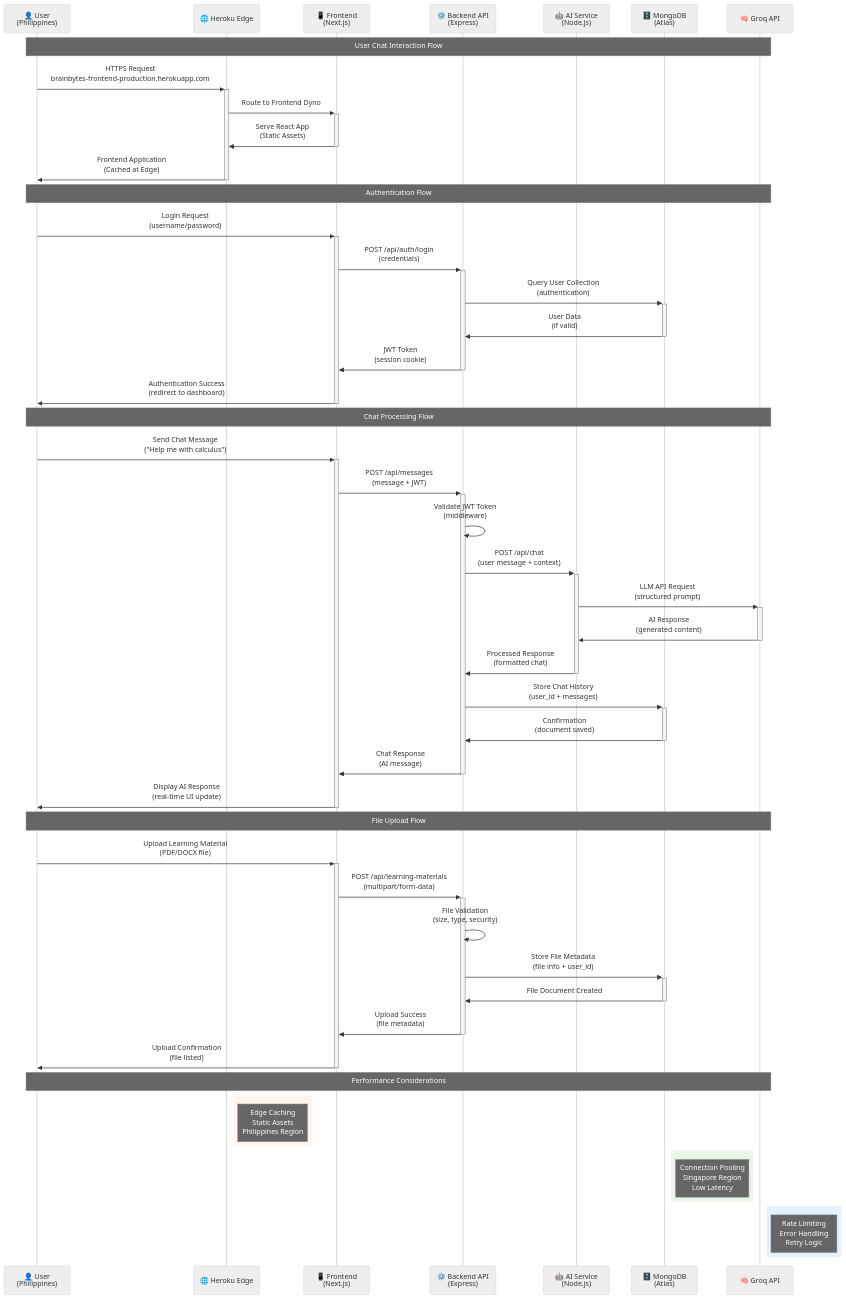
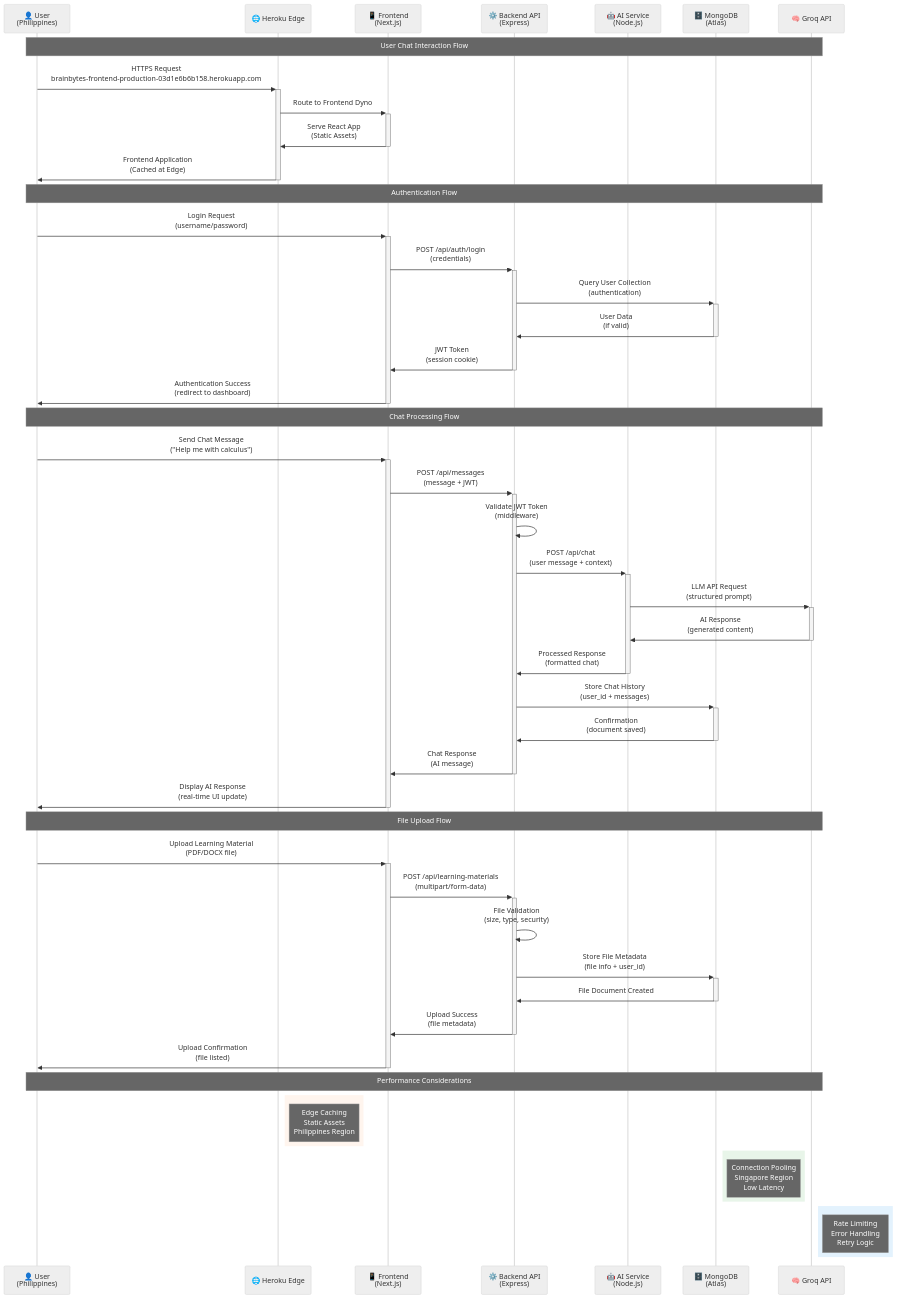
The sixth of 7 diagrams in docs/screenshots/ARCHITECTURE_DIAGRAMS.md (Honeegee/BrainBytesAI), drawn with Mermaid (neutral theme) before and after one commit. The commit also changed other lines of this file and 5 other files, not shown here.

````diff
--- a/docs/screenshots/ARCHITECTURE_DIAGRAMS.md
+++ b/docs/screenshots/ARCHITECTURE_DIAGRAMS.md
@@ -349,64 +349,64 @@
 ```mermaid
 sequenceDiagram
     participant U as 👤 User<br/>(Philippines)
     participant CDN as 🌐 Heroku Edge
     participant FE as 📱 Frontend<br/>(Next.js)
     participant BE as ⚙️ Backend API<br/>(Express)
     participant AI as 🤖 AI Service<br/>(Node.js)
     participant DB as 🗄️ MongoDB<br/>(Atlas)
     participant GROQ as 🧠 Groq API
     
     Note over U,GROQ: User Chat Interaction Flow
     
-    U->>+CDN: HTTPS Request<br/>brainbytes-frontend-production.herokuapp.com
+    U->>+CDN: HTTPS Request<br/>brainbytes-frontend-production-03d1e6b6b158.herokuapp.com
     CDN->>+FE: Route to Frontend Dyno
     FE->>-CDN: Serve React App<br/>(Static Assets)
     CDN->>-U: Frontend Application<br/>(Cached at Edge)
     
     Note over U,GROQ: Authentication Flow
     
     U->>+FE: Login Request<br/>(username/password)
     FE->>+BE: POST /api/auth/login<br/>(credentials)
     BE->>+DB: Query User Collection<br/>(authentication)
     DB->>-BE: User Data<br/>(if valid)
     BE->>-FE: JWT Token<br/>(session cookie)
     FE->>-U: Authentication Success<br/>(redirect to dashboard)
     
     Note over U,GROQ: Chat Processing Flow
     
     U->>+FE: Send Chat Message<br/>("Help me with calculus")
     FE->>+BE: POST /api/messages<br/>(message + JWT)
     BE->>BE: Validate JWT Token<br/>(middleware)
     BE->>+AI: POST /api/chat<br/>(user message + context)
     AI->>+GROQ: LLM API Request<br/>(structured prompt)
     GROQ->>-AI: AI Response<br/>(generated content)
     AI->>-BE: Processed Response<br/>(formatted chat)
     BE->>+DB: Store Chat History<br/>(user_id + messages)
     DB->>-BE: Confirmation<br/>(document saved)
     BE->>-FE: Chat Response<br/>(AI message)
     FE->>-U: Display AI Response<br/>(real-time UI update)
     
     Note over U,GROQ: File Upload Flow
     
     U->>+FE: Upload Learning Material<br/>(PDF/DOCX file)
     FE->>+BE: POST /api/learning-materials<br/>(multipart/form-data)
     BE->>BE: File Validation<br/>(size, type, security)
     BE->>+DB: Store File Metadata<br/>(file info + user_id)
     DB->>-BE: File Document Created
     BE->>-FE: Upload Success<br/>(file metadata)
     FE->>-U: Upload Confirmation<br/>(file listed)
     
     Note over U,GROQ: Performance Considerations
     
     rect rgb(255, 245, 238)
         Note right of CDN: Edge Caching<br/>Static Assets<br/>Philippines Region
     end
     
     rect rgb(232, 245, 233)
         Note right of DB: Connection Pooling<br/>Singapore Region<br/>Low Latency
     end
     
     rect rgb(227, 242, 253)
         Note right of GROQ: Rate Limiting<br/>Error Handling<br/>Retry Logic
     end
 ```
````
